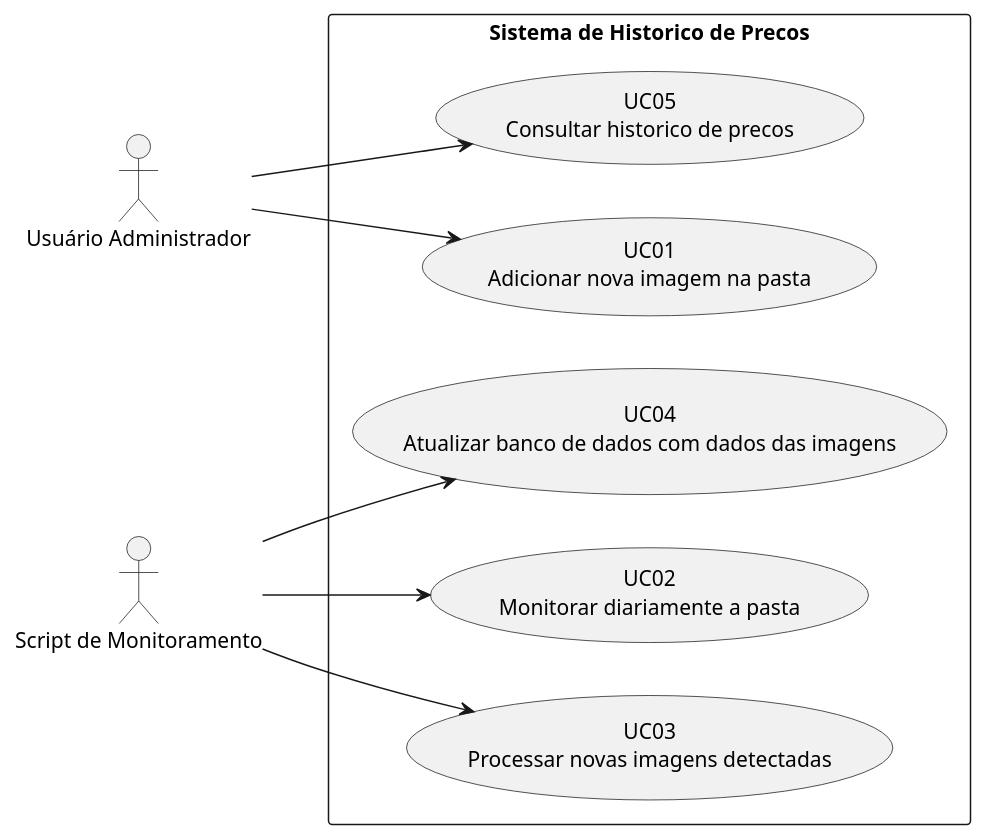
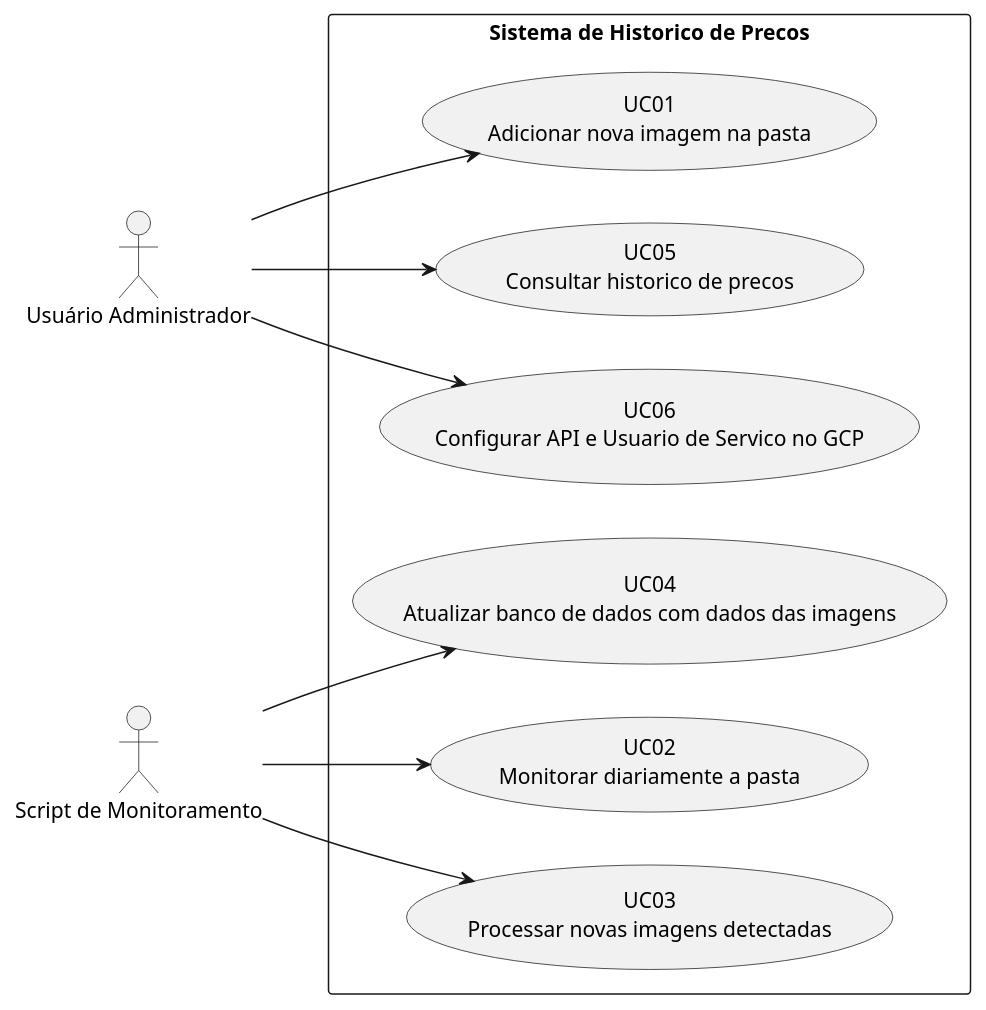
Before and after one commit to brunoropacheco/Historico_Mercado: the diagram in docs/casos_de_uso.plantuml, drawn with PlantUML. The commit also changed 5 other files, not shown here.

```diff
--- a/docs/casos_de_uso.plantuml
+++ b/docs/casos_de_uso.plantuml
@@ -1,21 +1,23 @@
 @startuml casos_de_uso
 left to right direction
 skinparam packageStyle rectangle
 
 actor "Usuário Administrador" as Admin
 actor "Script de Monitoramento" as Monitor
 
 package "Sistema de Historico de Precos" {
   usecase "UC01\nAdicionar nova imagem na pasta" as UC01
   usecase "UC02\nMonitorar diariamente a pasta" as UC02
   usecase "UC03\nProcessar novas imagens detectadas" as UC03
   usecase "UC04\nAtualizar banco de dados com dados das imagens" as UC04
   usecase "UC05\nConsultar historico de precos" as UC05
+  usecase "UC06\nConfigurar API e Usuario de Servico no GCP" as UC06
 }
 
 Admin --> UC01
 Monitor --> UC02
 Monitor --> UC03
 Monitor --> UC04
 Admin --> UC05
+Admin --> UC06
 @enduml
```
